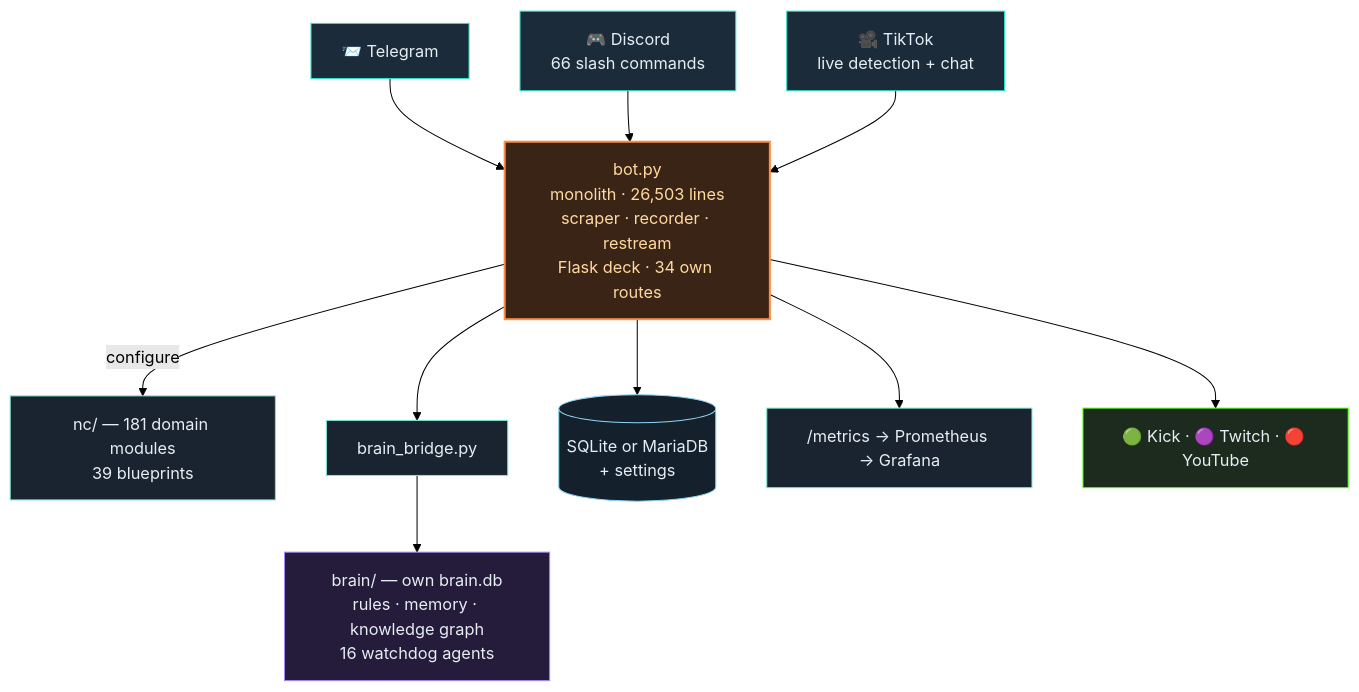
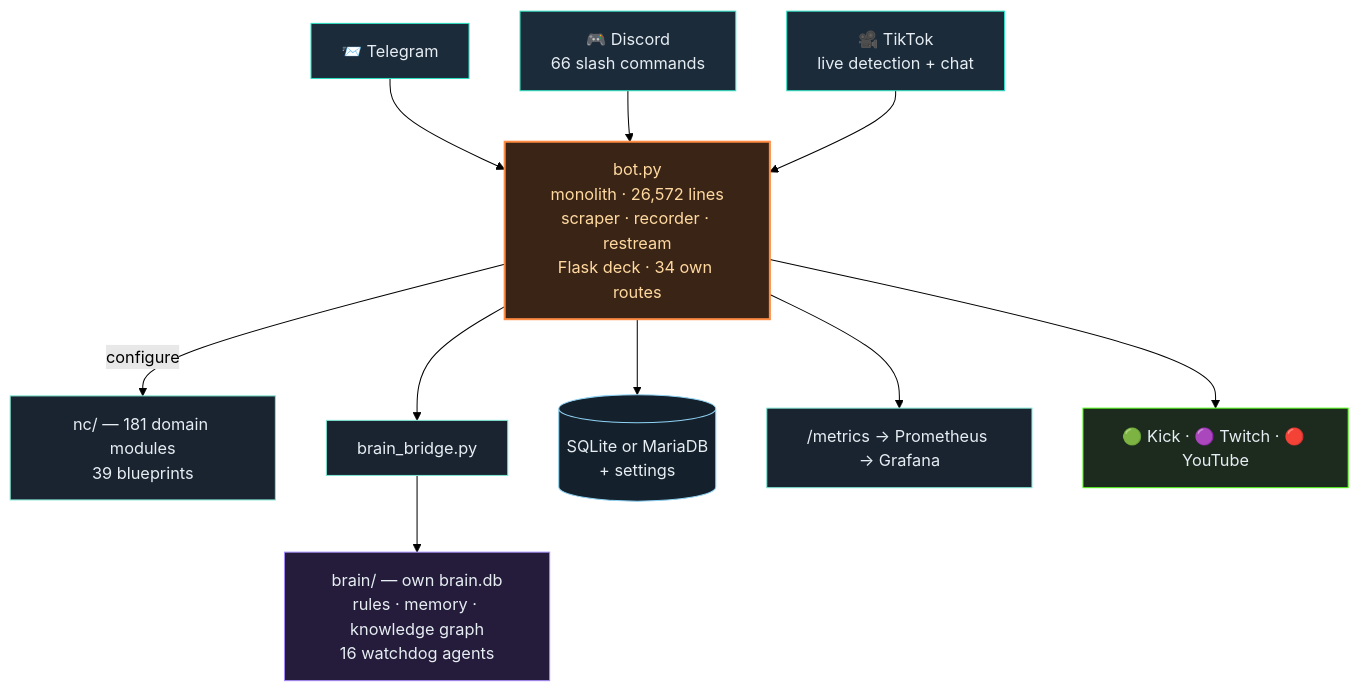
The second of 3 diagrams in README.en.md (itsamemedev/Telegram-Stream-Info-Bot), drawn with Mermaid (forest theme) before and after one commit. The commit also changed other lines of this file and 14 other files, not shown here.

````diff
--- a/README.en.md
+++ b/README.en.md
@@ -119,19 +119,19 @@
 ```mermaid
 flowchart TB
     TG["📨 Telegram"]:::ein --> BOT
     DC["🎮 Discord<br/>66 slash commands"]:::ein --> BOT
     TT["🎥 TikTok<br/>live detection + chat"]:::ein --> BOT
-    BOT["bot.py<br/>monolith · 26,503 lines<br/>scraper · recorder · restream<br/>Flask deck · 34 own routes"]:::core
+    BOT["bot.py<br/>monolith · 26,572 lines<br/>scraper · recorder · restream<br/>Flask deck · 34 own routes"]:::core
     BOT -->|configure| NC["nc/ — 181 domain modules<br/>39 blueprints"]:::lib
     BOT --> BR["brain_bridge.py"]:::lib
     BR --> BRAIN["brain/ — own brain.db<br/>rules · memory · knowledge graph<br/>16 watchdog agents"]:::brain
     BOT --> DB[("SQLite or MariaDB<br/>+ settings")]:::db
     BOT --> PROM["/metrics → Prometheus → Grafana"]:::lib
     BOT --> OUT["🟢 Kick · 🟣 Twitch · 🔴 YouTube"]:::out
     classDef ein fill:#1c2b3a,stroke:#2de1c2,color:#e6edf3
     classDef core fill:#3a2415,stroke:#ff8c42,stroke-width:2px,color:#ffd9a0
     classDef lib fill:#1a2430,stroke:#7fe7d4,color:#e6edf3
     classDef brain fill:#241c3a,stroke:#a78bfa,color:#e6edf3
     classDef db fill:#14202c,stroke:#8fd3f4,color:#e6edf3
     classDef out fill:#1c2b1e,stroke:#53fc18,color:#e6edf3
 ```
````
